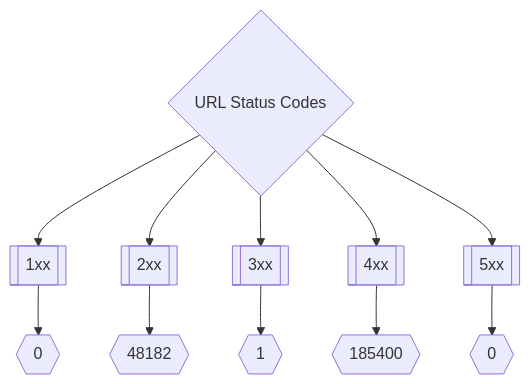
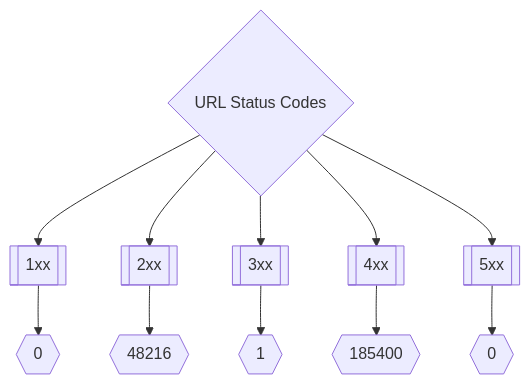
Before and after one commit to trickest/inventory: the second of 3 diagrams in README.md, drawn with Mermaid. The commit also changed other lines of this file, not shown here.

````diff
--- a/README.md
+++ b/README.md
@@ -173,8 +173,8 @@
 ```mermaid
 graph TD
 title{URL Status Codes} --> 1xx[[1xx]] --> status1xxNum{{0}}
-title --> 2xx[[2xx]] --> status2xxNum{{48182}}
+title --> 2xx[[2xx]] --> status2xxNum{{48216}}
 title --> 3xx[[3xx]] --> status3xxNum{{1}}
 title --> 4xx[[4xx]] --> status4xxNum{{185400}}
 title --> 5xx[[5xx]] --> status5xxNum{{0}}
 ```
````
